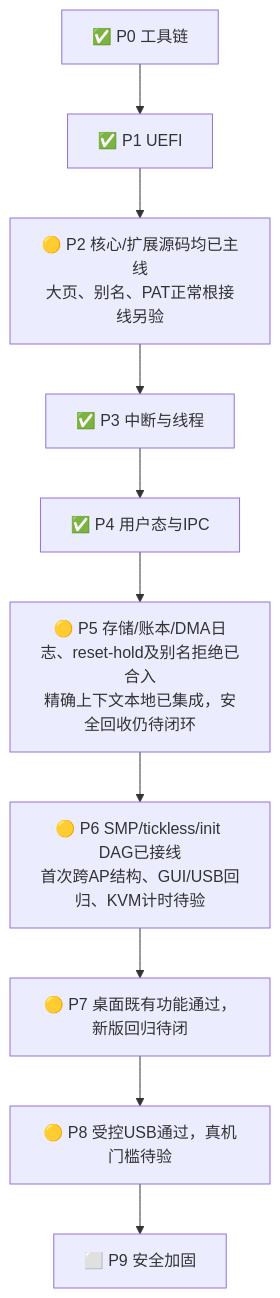
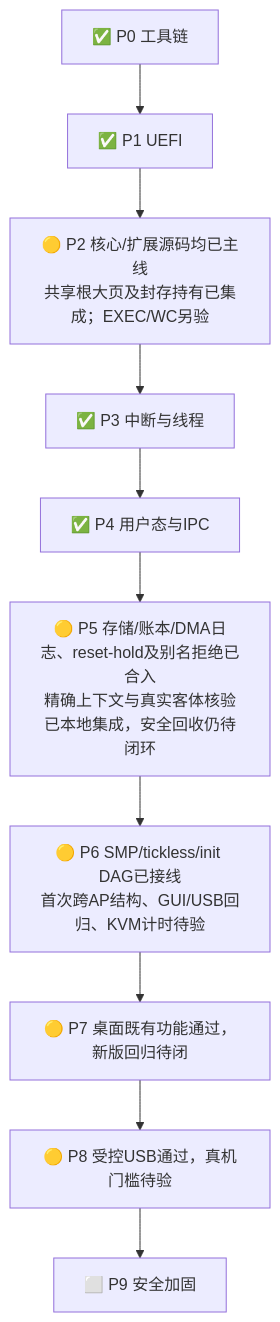
The second of 3 diagrams in coordination/dongos_works/progress-map.md (EDarcyWong/dongos), drawn with Mermaid before and after one commit. The commit also changed other lines of this file and 565 other files, not shown here.

````diff
--- a/coordination/dongos_works/progress-map.md
+++ b/coordination/dongos_works/progress-map.md
@@ -31,7 +31,7 @@
 ```mermaid
 flowchart TD
- P0["✅ P0 工具链"] --> P1["✅ P1 UEFI"] --> P2["🟡 P2 核心/扩展源码均已主线<br/>大页、别名、PAT正常根接线另验"]
- P2 --> P3["✅ P3 中断与线程"] --> P4["✅ P4 用户态与IPC"] --> P5["🟡 P5 存储/账本/DMA日志、reset-hold及别名拒绝已合入<br/>精确上下文本地已集成，安全回收仍待闭环"]
+ P0["✅ P0 工具链"] --> P1["✅ P1 UEFI"] --> P2["🟡 P2 核心/扩展源码均已主线<br/>共享根大页及封存持有已集成；EXEC/WC另验"]
+ P2 --> P3["✅ P3 中断与线程"] --> P4["✅ P4 用户态与IPC"] --> P5["🟡 P5 存储/账本/DMA日志、reset-hold及别名拒绝已合入<br/>精确上下文与真实客体核验已本地集成，安全回收仍待闭环"]
  P5 --> P6["🟡 P6 SMP/tickless/init DAG已接线<br/>首次跨AP结构、GUI/USB回归、KVM计时待验"]
  P6 --> P7["🟡 P7 桌面既有功能通过，新版回归待闭"] --> P8["🟡 P8 受控USB通过，真机门槛待验"] --> P9["⬜ P9 安全加固"]
 ```
````
